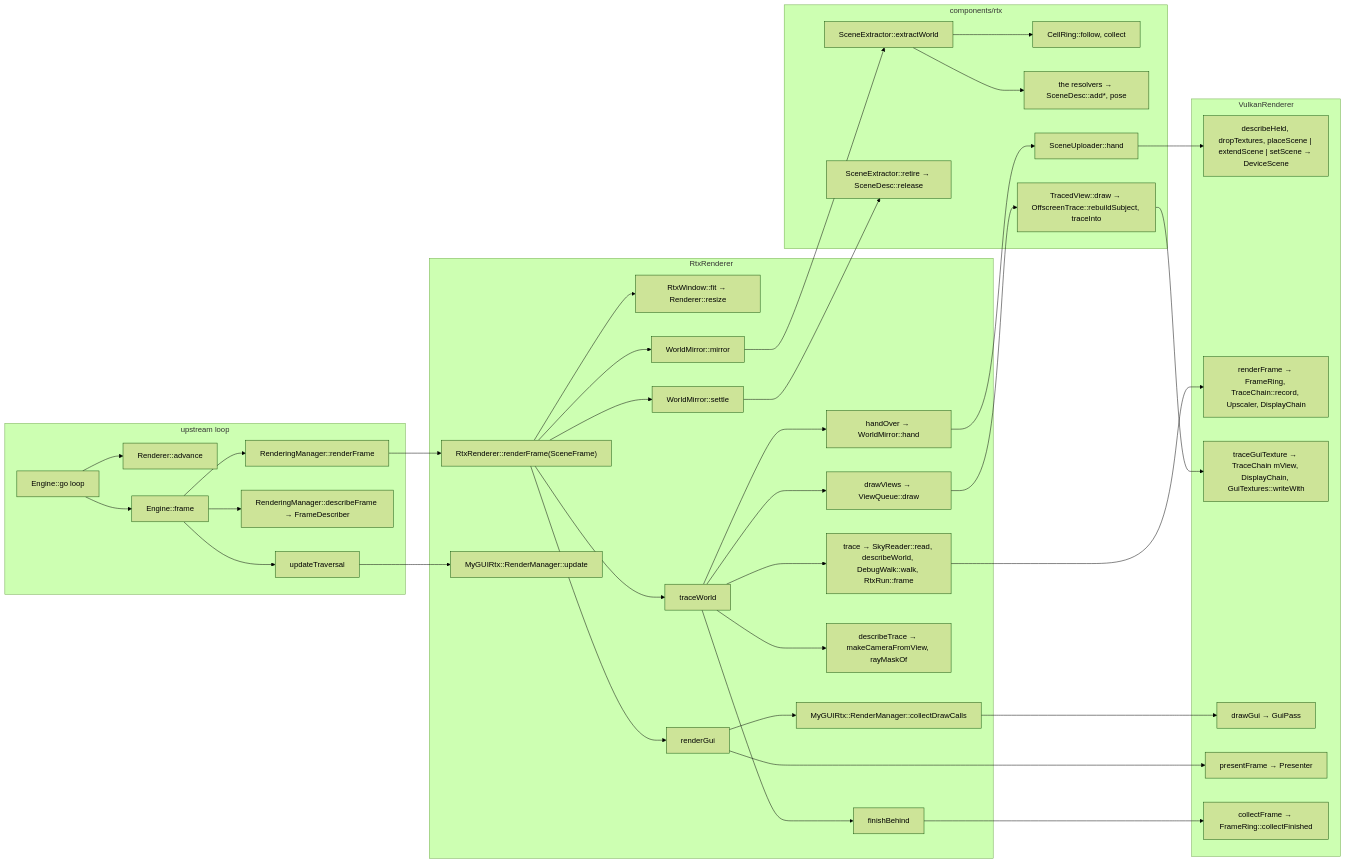
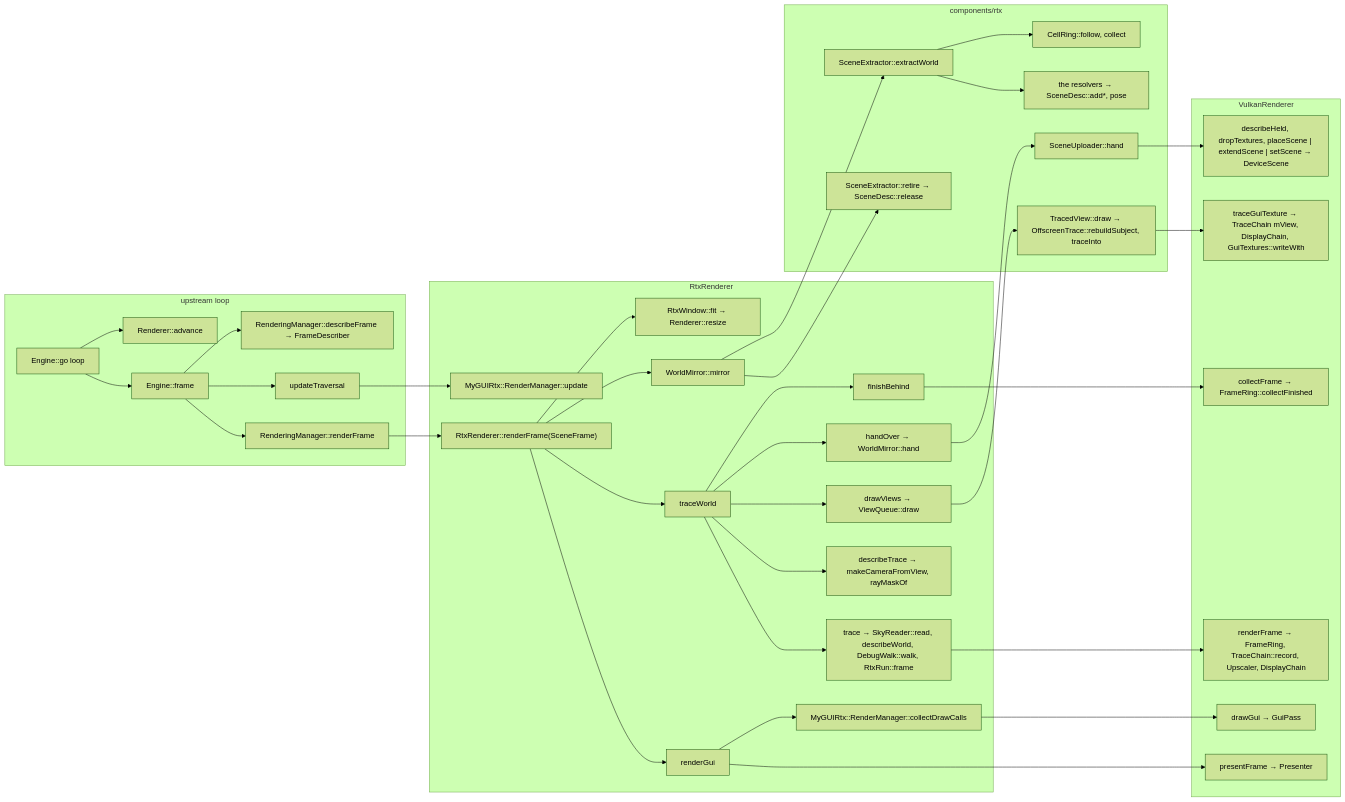
The second of 2 diagrams in docs/rtx/architecture.md (xorza/openmw-rtx), drawn with Mermaid (forest theme) before and after one commit. The commit also changed other lines of this file and 14 other files, not shown here.

````diff
--- a/docs/rtx/architecture.md
+++ b/docs/rtx/architecture.md
@@ -734,76 +734,74 @@
 ```mermaid
 graph LR
     subgraph engine ["upstream loop"]
         go["Engine::go loop"]
         advance["Renderer::advance"]
         frame["Engine::frame"]
         ut["updateTraversal"]
         describe["RenderingManager::describeFrame → FrameDescriber"]
         render["RenderingManager::renderFrame"]
         go --> advance
         go --> frame
         frame --> describe
         frame --> ut
         frame --> render
     end
 
     subgraph rtx ["RtxRenderer"]
         rf["RtxRenderer::renderFrame(SceneFrame)"]
         fit["RtxWindow::fit → Renderer::resize"]
         mirror["WorldMirror::mirror"]
         tw["traceWorld"]
         gui["renderGui"]
-        settle["WorldMirror::settle"]
         fb["finishBehind"]
         ho["handOver → WorldMirror::hand"]
         dv["drawViews → ViewQueue::draw"]
         dt["describeTrace → makeCameraFromView, rayMaskOf"]
         tr["trace → SkyReader::read, describeWorld, DebugWalk::walk, RtxRun::frame"]
         upd["MyGUIRtx::RenderManager::update"]
         cdc["MyGUIRtx::RenderManager::collectDrawCalls"]
         rf --> fit
         rf --> mirror
         rf --> tw
         rf --> gui
-        rf --> settle
         tw --> fb
         tw --> ho
         tw --> dv
         tw --> dt
         tw --> tr
         gui --> cdc
     end
 
     subgraph core ["components/rtx"]
         ext["SceneExtractor::extractWorld"]
         ring["CellRing::follow, collect"]
         res["the resolvers → SceneDesc::add*, pose"]
         up["SceneUploader::hand"]
         retire["SceneExtractor::retire → SceneDesc::release"]
         tvd["TracedView::draw → OffscreenTrace::rebuildSubject, traceInto"]
         ext --> ring
         ext --> res
     end
 
     subgraph backend ["VulkanRenderer"]
         be["describeHeld, dropTextures, placeScene | extendScene | setScene → DeviceScene"]
         vrf["renderFrame → FrameRing, TraceChain::record, Upscaler, DisplayChain"]
         gt["traceGuiTexture → TraceChain mView, DisplayChain, GuiTextures::writeWith"]
         dg["drawGui → GuiPass"]
         pr["presentFrame → Presenter"]
         collect["collectFrame → FrameRing::collectFinished"]
     end
 
     ut --> upd
     render --> rf
     mirror --> ext
+    mirror --> retire
     ho --> up
     up --> be
-    settle --> retire
     dv --> tvd
     tvd --> gt
     tr --> vrf
     cdc --> dg
     gui --> pr
     fb --> collect
 ```
````
